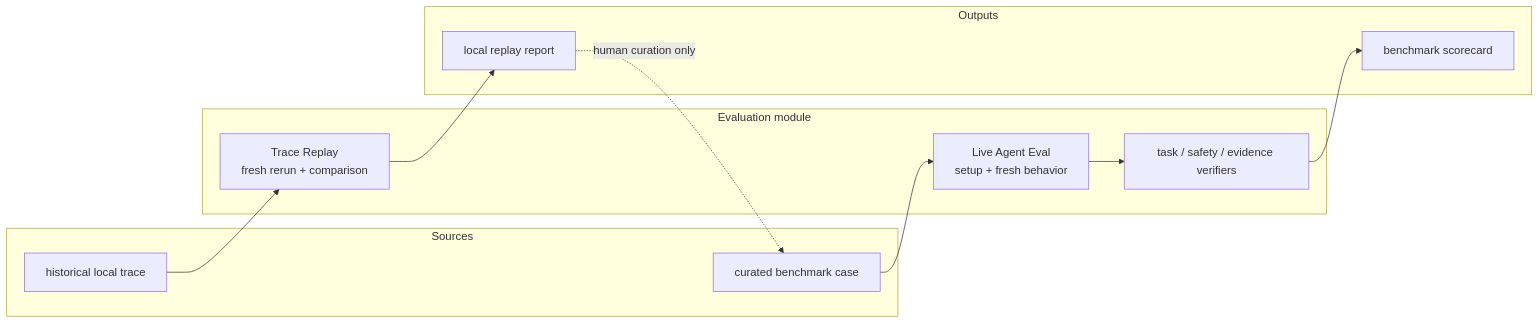
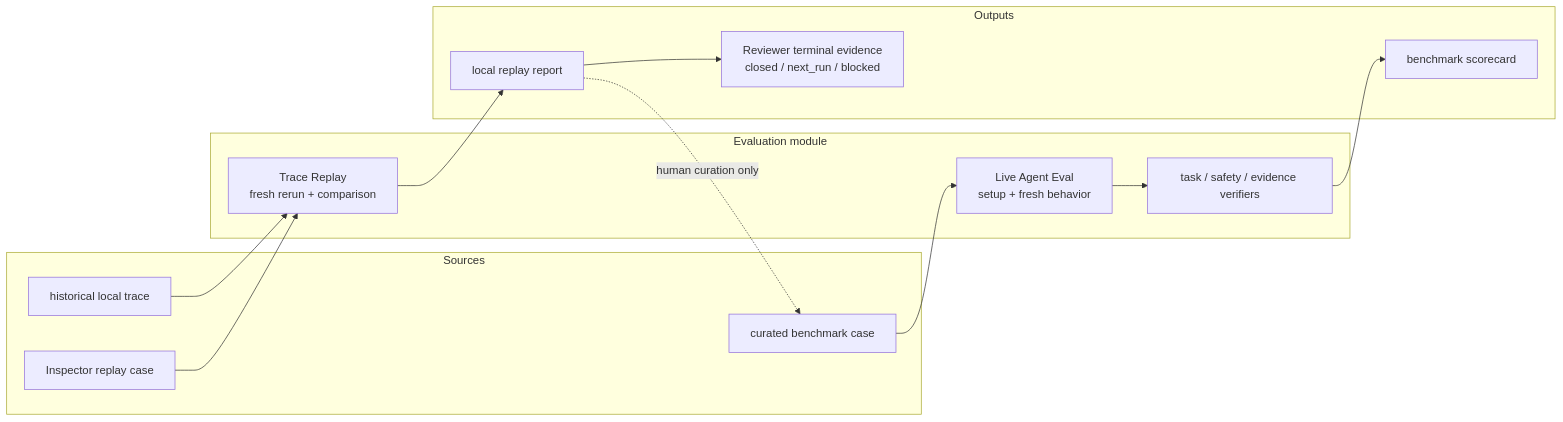
The second of 2 diagrams in docs/evaluation/SPEC.md (fightheyyy/XiaoBa-CLI), drawn with Mermaid before and after one commit. The commit also changed other lines of this file and 103 other files, not shown here.

````diff
--- a/docs/evaluation/SPEC.md
+++ b/docs/evaluation/SPEC.md
@@ -74,25 +74,29 @@
 ```mermaid
 flowchart LR
     subgraph Sources["Sources"]
         Historical["historical local trace"]
         Curated["curated benchmark case"]
+        InspectorCase["Inspector replay case"]
     end
 
     subgraph Evaluation["Evaluation module"]
         Replay["Trace Replay<br/>fresh rerun + comparison"]
         LiveEval["Live Agent Eval<br/>setup + fresh behavior"]
         Verifier["task / safety / evidence verifiers"]
     end
 
     subgraph Outputs["Outputs"]
         ReplayReport["local replay report"]
         Scorecard["benchmark scorecard"]
+        ReviewerDecision["Reviewer terminal evidence<br/>closed / next_run / blocked"]
     end
 
     Historical --> Replay
+    InspectorCase --> Replay
     Replay --> ReplayReport
+    ReplayReport --> ReviewerDecision
     ReplayReport -. "human curation only" .-> Curated
     Curated --> LiveEval
     LiveEval --> Verifier
     Verifier --> Scorecard
 ```
````
